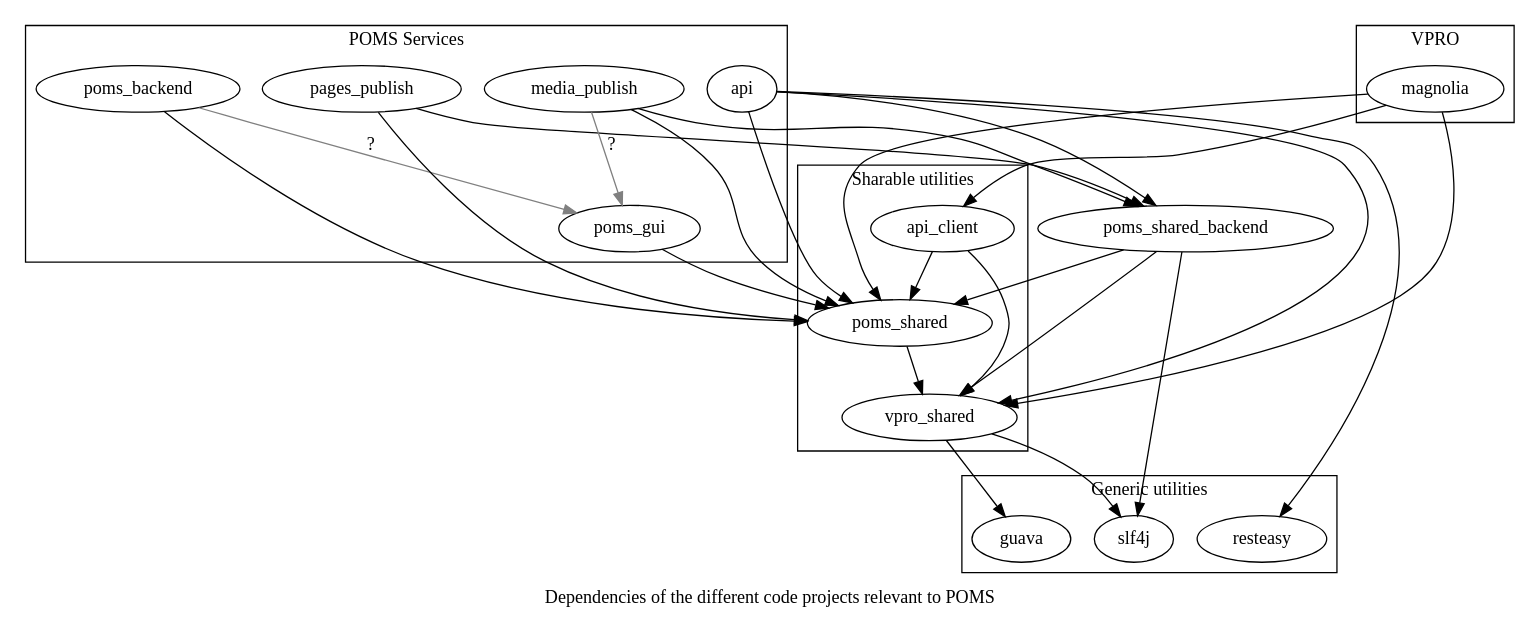
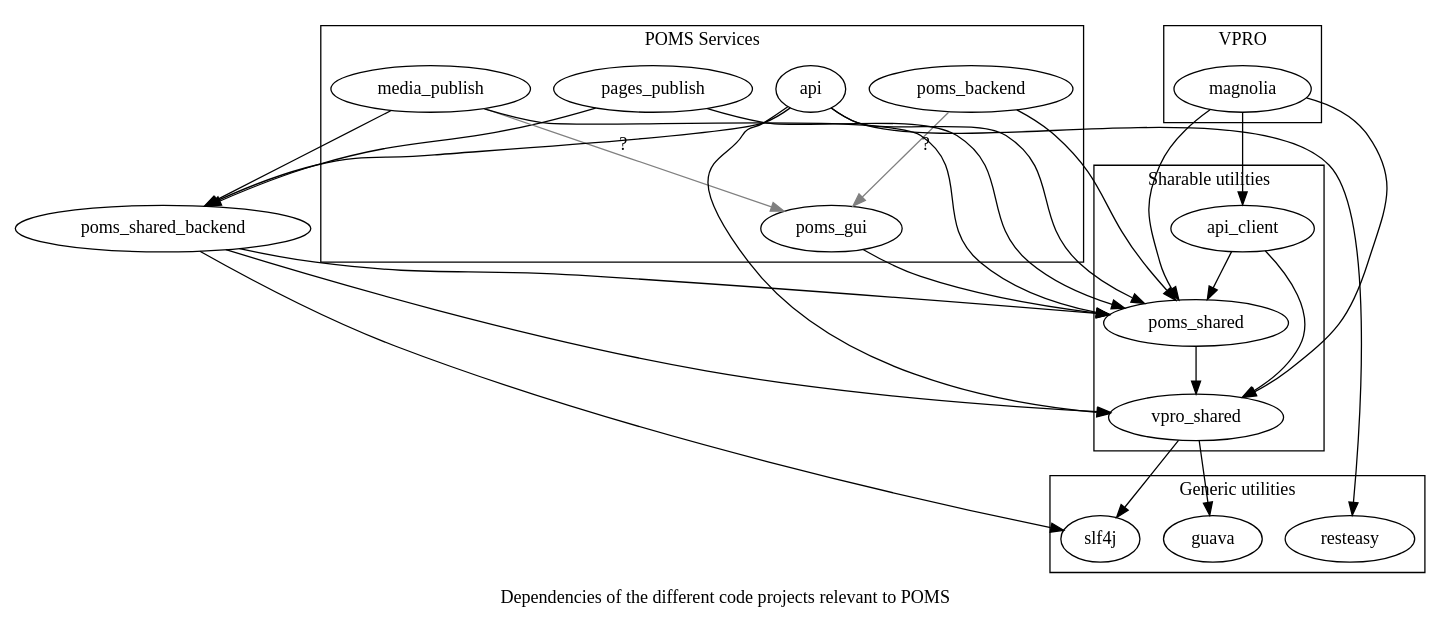
Before and after one commit to npo-poms/poms-parent: the diagram in poms-dependencies.dot, drawn with Graphviz. The commit also changed 5 other files, not shown here.

```diff
--- a/poms-dependencies.dot
+++ b/poms-dependencies.dot
@@ -1,61 +1,61 @@
 /*
 
 
 */
 digraph {
-
+    vpro_shared [ href="https://github.com/vpro/vpro-shared"];
 
     label="Dependencies of the different code projects relevant to POMS";
     subgraph cluster_0  {
         label="Generic utilities";
         description="Utilities which we don't maintain";
         slf4j; guava; resteasy;
     }
 
     subgraph cluster_1  {
         label="VPRO";
         magnolia;
     }
     subgraph cluster_2  {
         label="POMS Services";
         description="These are actually deployed";
         poms_gui; poms_backend; pages_publish; media_publish; api;
     }
 
     subgraph cluster_4  {
         label="Sharable utilities";
         api_client; vpro_shared; poms_shared;
     }
 
 
     vpro_shared -> { slf4j guava};
     poms_shared -> vpro_shared;
     poms_shared_backend -> vpro_shared;
     poms_shared_backend -> poms_shared;
     poms_shared_backend -> slf4j;
     poms_gui -> poms_shared;
 
     api -> poms_shared;
     api -> poms_shared_backend;
     api -> vpro_shared;
     api -> resteasy;
 
 
     pages_publish -> poms_shared_backend;
     pages_publish -> poms_shared;
 
     media_publish -> poms_shared;
     media_publish -> poms_shared_backend;
     media_publish -> poms_gui[color=gray, weight=0.1, label="?"] // I  think this currently exists, but shouldn't
 
     api_client-> poms_shared;
     api_client-> vpro_shared;
 
     magnolia -> api_client;
     magnolia -> vpro_shared;
     magnolia -> poms_shared;
 
     poms_backend -> poms_shared
     poms_backend -> poms_gui[color=gray, weight=0.1, label="?"] // I  think this currently exists, but shouldn't
 
 }
```
